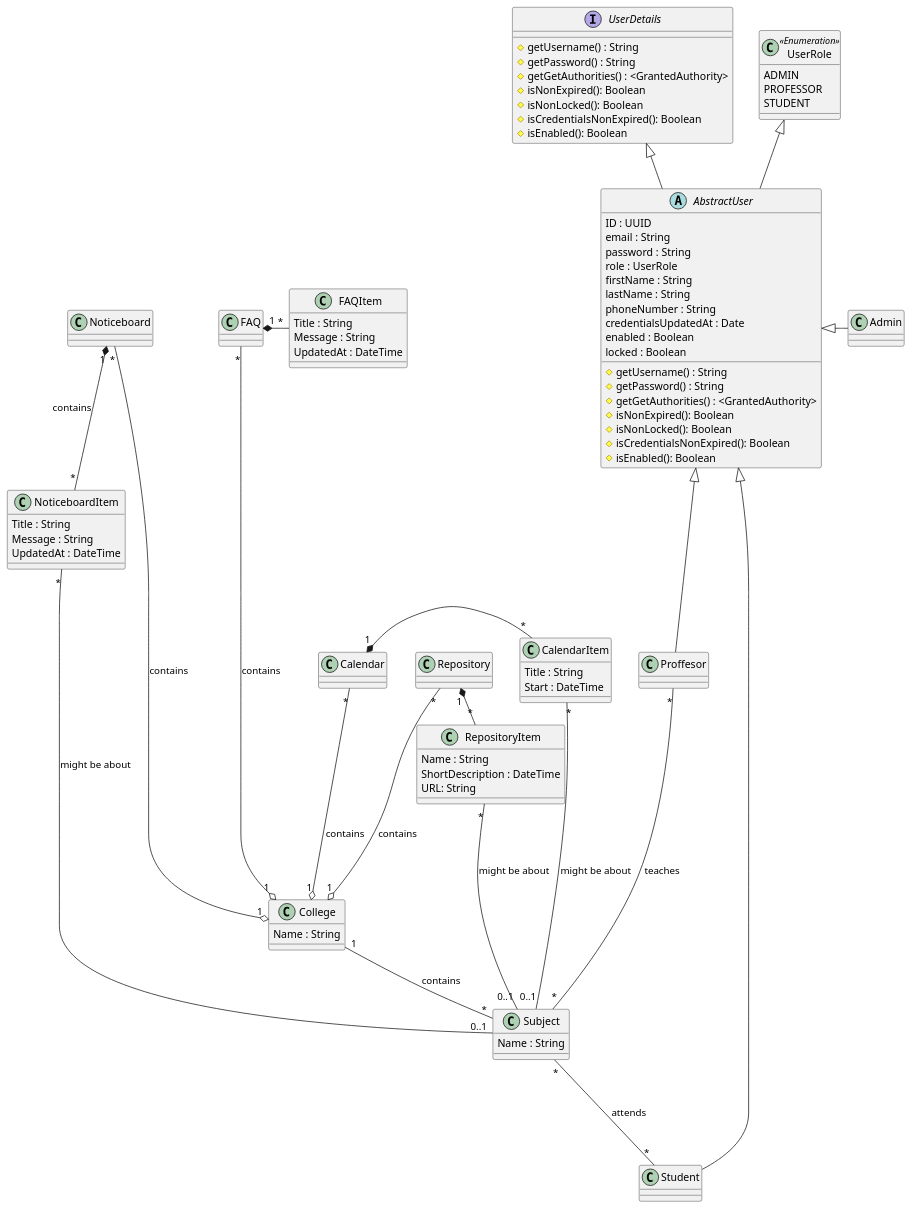
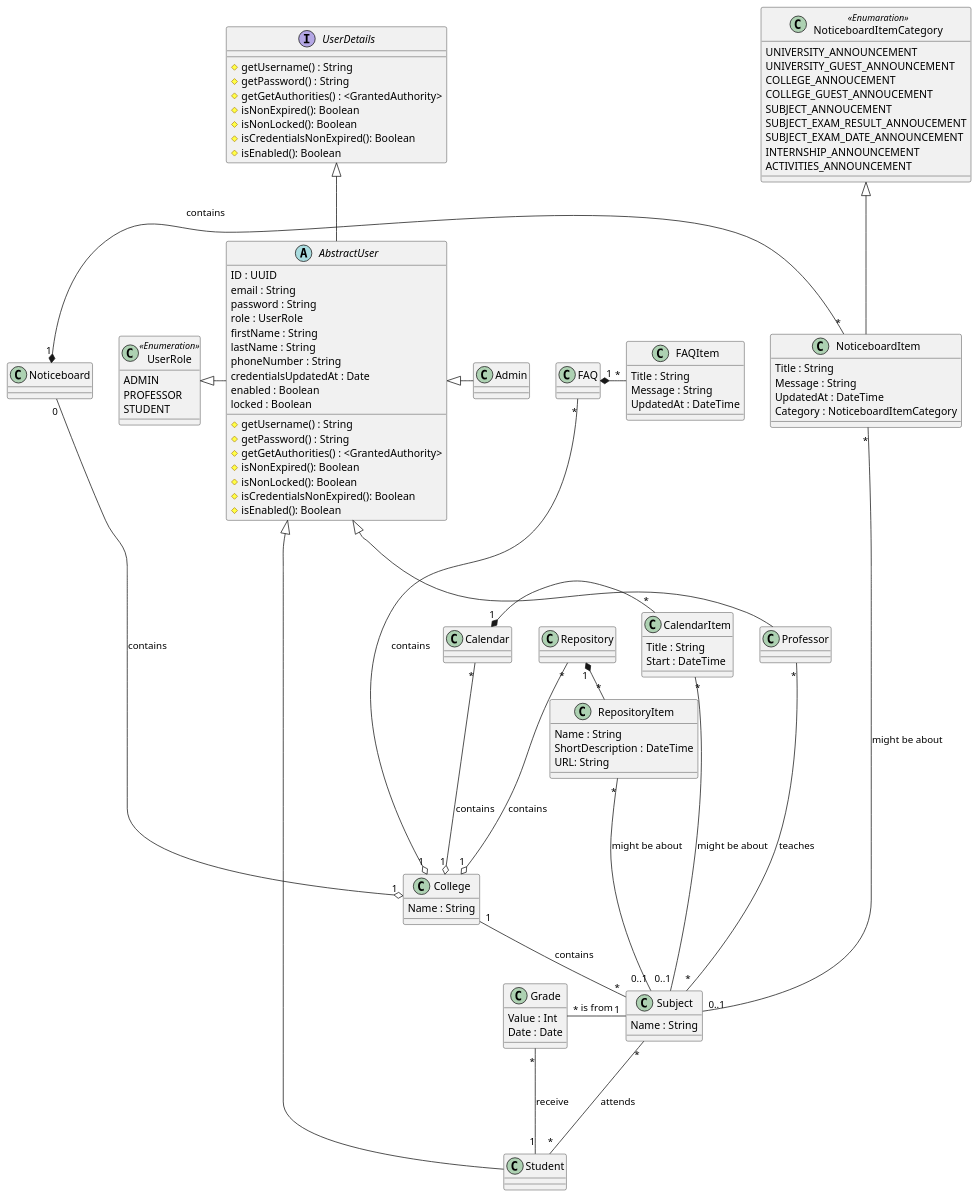
Before and after one commit to StudentEase-Team/student-ease-backend: the diagram in diagrams/classdiag.pu, drawn with PlantUML. The commit also changed 23 other files, not shown here.

Commit message:
feat: simple create for noticeboard item

```diff
--- a/diagrams/classdiag.pu
+++ b/diagrams/classdiag.pu
@@ -2,125 +2,145 @@
 @startuml classdiag
 
 interface UserDetails {
     # getUsername() : String
     # getPassword() : String
     # getGetAuthorities() : <GrantedAuthority>
     # isNonExpired(): Boolean
     # isNonLocked(): Boolean
     # isCredentialsNonExpired(): Boolean
     # isEnabled(): Boolean
 }
 
 class UserRole <<Enumeration>> {
     ADMIN
     PROFESSOR
     STUDENT
 }
 
 abstract class AbstractUser {
     ID : UUID
     email : String
     password : String
     role : UserRole
     firstName : String
     lastName : String
     phoneNumber : String
     credentialsUpdatedAt : Date
     enabled : Boolean
     locked : Boolean
 
     # getUsername() : String
     # getPassword() : String
     # getGetAuthorities() : <GrantedAuthority>
     # isNonExpired(): Boolean
     # isNonLocked(): Boolean
     # isCredentialsNonExpired(): Boolean
     # isEnabled(): Boolean
 }
 
 class Student {
   
 }
 
-class Proffesor {
+class Professor {
   
 }
 
 
 class Admin {
   
 }
 
 UserDetails <|-- AbstractUser
-UserRole <|-- AbstractUser
+UserRole <|- AbstractUser
 AbstractUser <|--- Student
-AbstractUser <|--- Proffesor
+AbstractUser <|--- Professor
 AbstractUser <|- Admin
 
 class College {
     Name : String
 }
 
 class Subject {
     Name : String
 }
 
+class Grade {
+    Value : Int
+    Date : Date
+}
+
 College "1" -- "*" Subject : contains
-Proffesor "*" ---- "*" Subject : teaches
+Professor "*" ---- "*" Subject : teaches
 Subject "*" --- "*" Student : attends
+Grade "*" - "1" Student : receive
+Grade "*" - "1" Subject : is from
 
 class Noticeboard {
 
+}
+
+class NoticeboardItemCategory <<Enumaration>> {
+    UNIVERSITY_ANNOUNCEMENT
+    UNIVERSITY_GUEST_ANNOUNCEMENT
+    COLLEGE_ANNOUCEMENT
+    COLLEGE_GUEST_ANNOUCEMENT
+    SUBJECT_ANNOUCEMENT
+    SUBJECT_EXAM_RESULT_ANNOUCEMENT
+    SUBJECT_EXAM_DATE_ANNOUNCEMENT
+    INTERNSHIP_ANNOUNCEMENT
+    ACTIVITIES_ANNOUNCEMENT
 }
 
 class NoticeboardItem {
     Title : String
     Message : String
     UpdatedAt : DateTime
+    Category : NoticeboardItemCategory
 }
 
 Noticeboard "1" *- "*" NoticeboardItem : contains
-Noticeboard "*" -----o "1" College : contains
+Noticeboard "0" -----o "1" College : contains
 NoticeboardItem "*" --- "0..1" Subject : might be about
-
+NoticeboardItemCategory <|-- NoticeboardItem
 class Calendar {
 
 }
 
 class CalendarItem {
     Title : String
     Start : DateTime
 }
 
 Calendar "1" *- "*" CalendarItem
 Calendar "*" -o "1" College : contains
 CalendarItem "*" ---- "0..1" Subject : might be about
 
 class Repository {
 
 }
 
 class RepositoryItem {
     Name : String
     ShortDescription : DateTime
     URL: String
 }
 
 Repository "1" *- "*" RepositoryItem
 Repository "*" ---o "1" College : contains
 RepositoryItem "*" --- "0..1" Subject : might be about
 
 
 class FAQ {
 
 }
 
 class FAQItem {
     Title : String
     Message : String
     UpdatedAt : DateTime
 }
 
 FAQ "*" -----o "1" College : contains
 FAQ "1" *- "*" FAQItem
 @enduml
```
